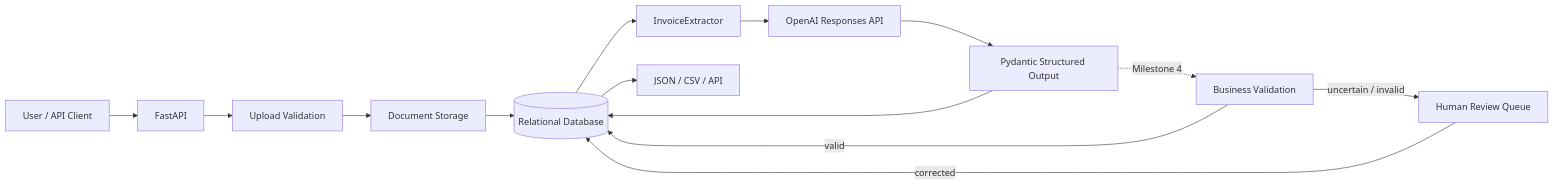
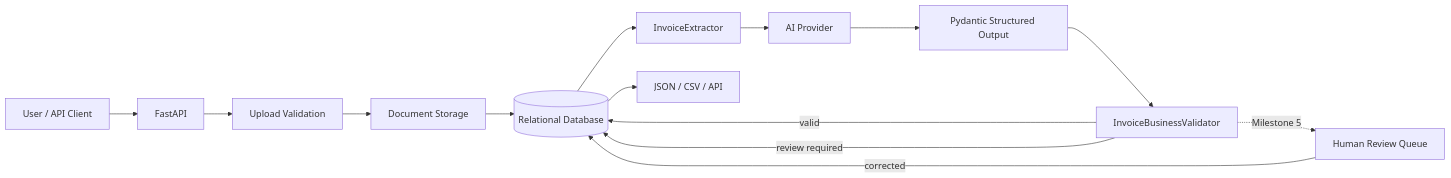
One commit to mawellsy/ai-document-review changed the diagram in ARCHITECTURE.md. Above: the diagram before and after it, drawn with Mermaid. The commit also changed other lines of this file and 15 other files, not shown here.

Commit message:
feat: add deterministic invoice validation

````diff
--- a/ARCHITECTURE.md
+++ b/ARCHITECTURE.md
@@ -5,24 +5,23 @@
 ```mermaid
 flowchart LR
     U[User / API Client]
     API[FastAPI]
     V[Upload Validation]
     S[Document Storage]
     DB[(Relational Database)]
     E[InvoiceExtractor]
-    O[OpenAI Responses API]
+    O[AI Provider]
     P[Pydantic Structured Output]
-    B[Business Validation]
+    B[InvoiceBusinessValidator]
     R[Human Review Queue]
     X[JSON / CSV / API]
 
     U --> API --> V --> S
     S --> DB
-    DB --> E --> O --> P
-    P --> DB
-    P -. Milestone 4 .-> B
+    DB --> E --> O --> P --> B
     B -->|valid| DB
-    B -->|uncertain / invalid| R
+    B -->|review required| DB
+    B -. Milestone 5 .-> R
     R -->|corrected| DB
     DB --> X
 ```
````
